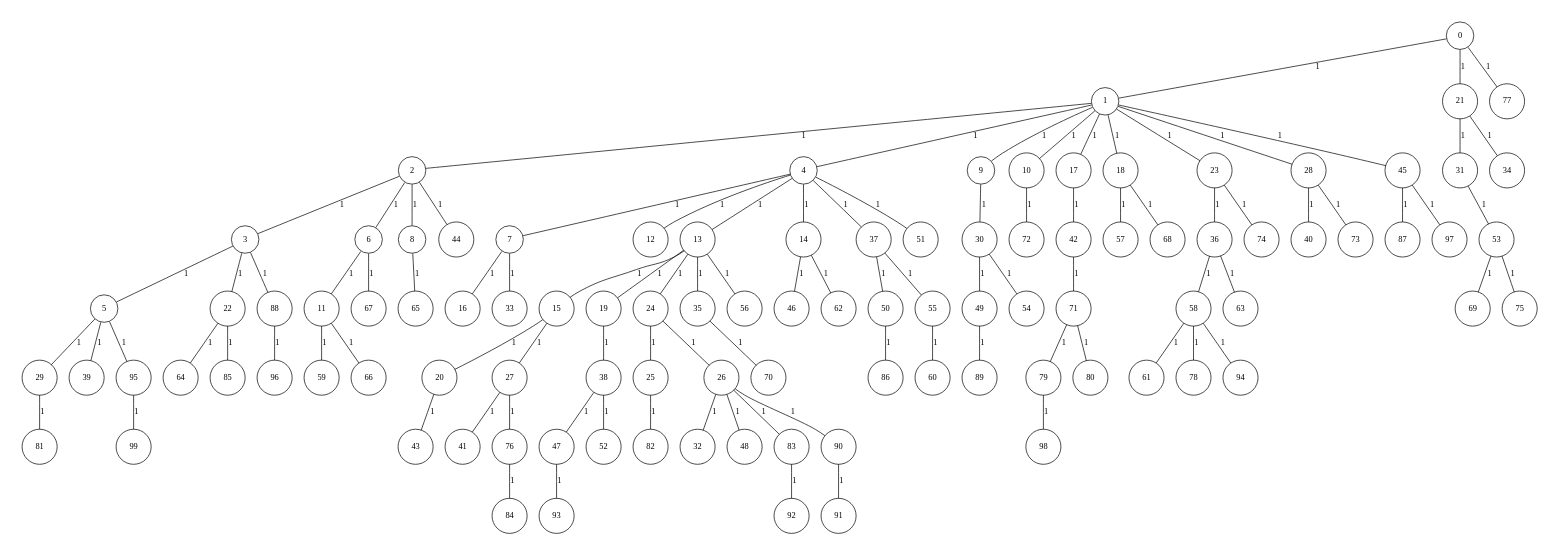
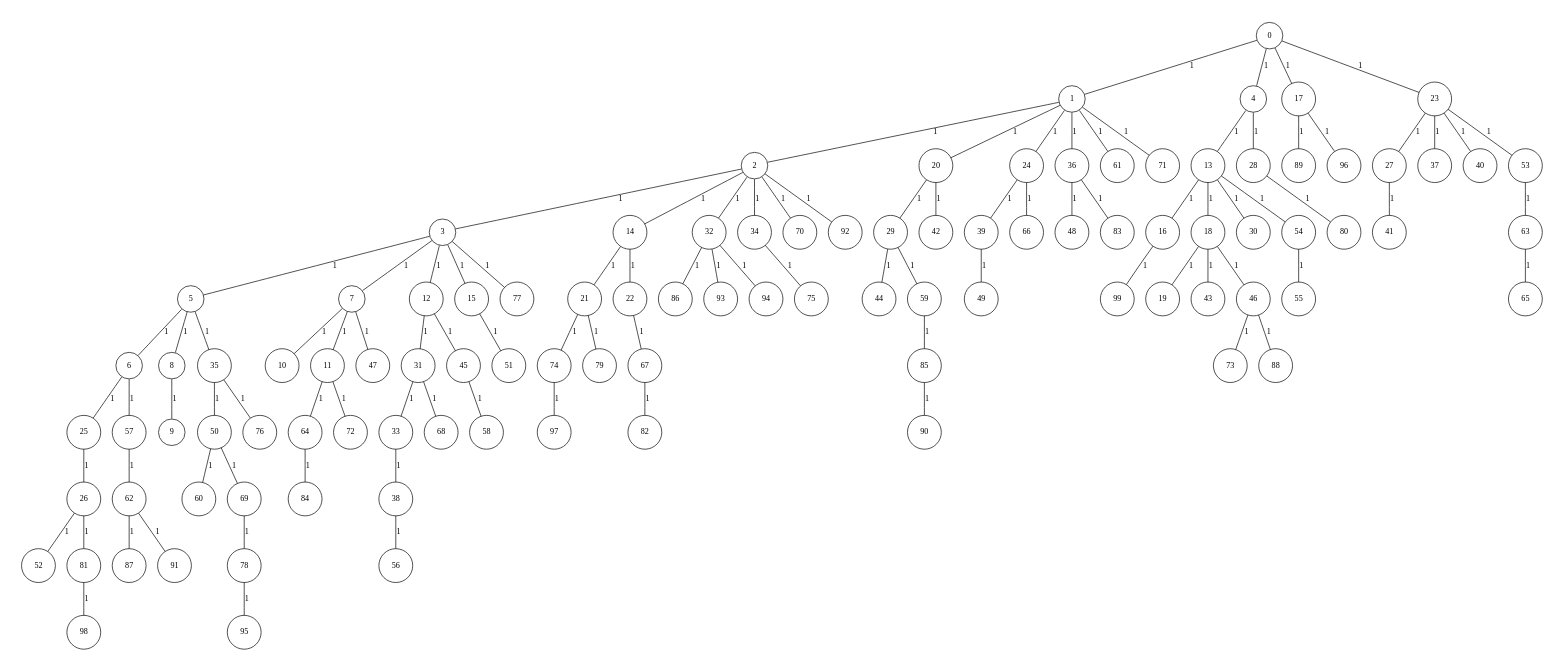
One commit to cardosodg/setcover-grasp changed the diagram in GraphGenerator/input/instGraph_100_7.txt.dot. Above: the diagram before and after it, drawn with Graphviz. The commit also changed 3448 other files, not shown here.

```diff
--- a/GraphGenerator/input/instGraph_100_7.txt.dot
+++ b/GraphGenerator/input/instGraph_100_7.txt.dot
@@ -6,204 +6,204 @@
 node[shape=circle,width=.12,hight=.12,fontsize=12]
 edge[fontsize=12]
 
-0[label=" 0" color=black, pos="0.01487545,0.018436972!"];
-1[label=" 1" color=black, pos="0.92435634,2.7945047!"];
-2[label=" 2" color=black, pos="1.7651973,2.2020529!"];
-3[label=" 3" color=black, pos="1.9345361,2.589537!"];
-4[label=" 4" color=black, pos="0.2946094,1.8514712!"];
-5[label=" 5" color=black, pos="0.94318263,1.6388253!"];
-6[label=" 6" color=black, pos="0.69291854,1.4916446!"];
-7[label=" 7" color=black, pos="1.4216183,0.94532564!"];
-8[label=" 8" color=black, pos="2.0003253,1.3325313!"];
-9[label=" 9" color=black, pos="1.5535777,0.89660726!"];
-10[label=" 10" color=black, pos="1.8120297,2.6402693!"];
-11[label=" 11" color=black, pos="0.036213631,0.95635164!"];
-12[label=" 12" color=black, pos="1.7105489,1.4343329!"];
-13[label=" 13" color=black, pos="0.23351962,2.0136889!"];
-14[label=" 14" color=black, pos="0.39973322,1.8758573!"];
-15[label=" 15" color=black, pos="0.96988769,1.2578453!"];
-16[label=" 16" color=black, pos="1.7849455,1.8948947!"];
-17[label=" 17" color=black, pos="0.71741259,0.65729818!"];
-18[label=" 18" color=black, pos="1.8901621,1.2760081!"];
-19[label=" 19" color=black, pos="0.5273739,0.25719875!"];
-20[label=" 20" color=black, pos="1.0401826,2.8916543!"];
-21[label=" 21" color=black, pos="1.7646897,2.2001404!"];
-22[label=" 22" color=black, pos="1.4106767,0.98577447!"];
-23[label=" 23" color=black, pos="2.8971806,2.3507774!"];
-24[label=" 24" color=black, pos="1.8339963,1.0206493!"];
-25[label=" 25" color=black, pos="2.037174,0.080851225!"];
-26[label=" 26" color=black, pos="0.975515,2.8537118!"];
-27[label=" 27" color=black, pos="2.5892191,0.7408117!"];
-28[label=" 28" color=black, pos="2.8024422,0.90310389!"];
-29[label=" 29" color=black, pos="2.5378092,2.7315548!"];
-30[label=" 30" color=black, pos="2.179242,2.3290503!"];
-31[label=" 31" color=black, pos="2.960949,2.7585487!"];
-32[label=" 32" color=black, pos="2.9254998,2.3463543!"];
-33[label=" 33" color=black, pos="2.4571454,0.89000982!"];
-34[label=" 34" color=black, pos="0.78406486,1.9355493!"];
-35[label=" 35" color=black, pos="0.85463216,2.0026856!"];
-36[label=" 36" color=black, pos="1.3088271,0.22420621!"];
-37[label=" 37" color=black, pos="0.0090337796,1.7951222!"];
-38[label=" 38" color=black, pos="1.6730903,2.2646983!"];
-39[label=" 39" color=black, pos="2.8040002,2.4289848!"];
-40[label=" 40" color=black, pos="2.8024449,1.6921737!"];
-41[label=" 41" color=black, pos="1.2025446,1.6922508!"];
-42[label=" 42" color=black, pos="1.3259052,0.3598934!"];
-43[label=" 43" color=black, pos="2.3041611,1.8376117!"];
-44[label=" 44" color=black, pos="1.2683685,2.4596245!"];
-45[label=" 45" color=black, pos="0.017578921,0.46567801!"];
-46[label=" 46" color=black, pos="0.37891925,2.3247087!"];
-47[label=" 47" color=black, pos="0.75362321,1.9124195!"];
-48[label=" 48" color=black, pos="2.5290325,2.8156584!"];
-49[label=" 49" color=black, pos="1.1867768,0.7181866!"];
-50[label=" 50" color=black, pos="0.13570929,1.6932193!"];
-51[label=" 51" color=black, pos="1.440659,1.0528586!"];
-52[label=" 52" color=black, pos="2.5926489,2.9864298!"];
-53[label=" 53" color=black, pos="2.7672299,1.300897!"];
-54[label=" 54" color=black, pos="0.18248407,0.3290686!"];
-55[label=" 55" color=black, pos="0.37929914,2.4921754!"];
-56[label=" 56" color=black, pos="0.84608131,1.6399088!"];
-57[label=" 57" color=black, pos="0.81574296,0.54554008!"];
-58[label=" 58" color=black, pos="0.43617538,0.39132267!"];
-59[label=" 59" color=black, pos="2.7695904,2.5858619!"];
-60[label=" 60" color=black, pos="2.9566645,1.972467!"];
-61[label=" 61" color=black, pos="2.0243994,0.87004344!"];
-62[label=" 62" color=black, pos="0.89896977,0.14299078!"];
-63[label=" 63" color=black, pos="2.4406001,0.18660056!"];
-64[label=" 64" color=black, pos="0.94299992,2.3195395!"];
-65[label=" 65" color=black, pos="0.18460471,2.7101951!"];
-66[label=" 66" color=black, pos="0.10383902,0.49761448!"];
-67[label=" 67" color=black, pos="1.5456991,1.2356686!"];
-68[label=" 68" color=black, pos="0.65576802,0.2262579!"];
-69[label=" 69" color=black, pos="0.48149971,1.887051!"];
-70[label=" 70" color=black, pos="0.29541338,1.6587384!"];
-71[label=" 71" color=black, pos="1.6652079,0.02269493!"];
-72[label=" 72" color=black, pos="1.6718483,1.3669507!"];
-73[label=" 73" color=black, pos="2.2073141,1.4772331!"];
-74[label=" 74" color=black, pos="2.1786636,2.1845825!"];
-75[label=" 75" color=black, pos="0.058323915,2.2267263!"];
-76[label=" 76" color=black, pos="2.6283868,2.3942594!"];
-77[label=" 77" color=black, pos="1.5492855,0.49035597!"];
-78[label=" 78" color=black, pos="2.3113521,1.5807124!"];
-79[label=" 79" color=black, pos="0.9944333,1.5847678!"];
-80[label=" 80" color=black, pos="0.94564177,2.5227346!"];
-81[label=" 81" color=black, pos="2.0288642,2.464109!"];
-82[label=" 82" color=black, pos="2.9748152,2.9318905!"];
-83[label=" 83" color=black, pos="1.0689426,2.747231!"];
-84[label=" 84" color=black, pos="2.6116009,0.80721587!"];
-85[label=" 85" color=black, pos="2.4228008,2.0055853!"];
-86[label=" 86" color=black, pos="2.4466662,2.7107129!"];
-87[label=" 87" color=black, pos="2.189705,2.1073811!"];
-88[label=" 88" color=black, pos="0.24719912,0.28830259!"];
-89[label=" 89" color=black, pos="1.6300832,1.4835912!"];
-90[label=" 90" color=black, pos="2.401103,0.63803753!"];
-91[label=" 91" color=black, pos="2.5740984,1.167375!"];
-92[label=" 92" color=black, pos="1.526759,1.3465857!"];
-93[label=" 93" color=black, pos="1.2721627,2.6837127!"];
-94[label=" 94" color=black, pos="2.9384687,1.1599284!"];
-95[label=" 95" color=black, pos="1.6899062,2.2635203!"];
-96[label=" 96" color=black, pos="2.897425,0.21316869!"];
-97[label=" 97" color=black, pos="0.30423448,0.1324067!"];
-98[label=" 98" color=black, pos="2.1122416,1.1753831!"];
-99[label=" 99" color=black, pos="1.1557128,0.87203934!"];
+0[label=" 0" color=black, pos="0.6882491,0.86756144!"];
+1[label=" 1" color=black, pos="1.1546594,2.544369!"];
+2[label=" 2" color=black, pos="0.87046067,2.5725337!"];
+3[label=" 3" color=black, pos="2.9609948,1.8222236!"];
+4[label=" 4" color=black, pos="2.3271478,2.1791764!"];
+5[label=" 5" color=black, pos="0.063146941,1.0791621!"];
+6[label=" 6" color=black, pos="1.0723965,1.5837846!"];
+7[label=" 7" color=black, pos="1.5924489,2.0324623!"];
+8[label=" 8" color=black, pos="1.3780153,0.17281948!"];
+9[label=" 9" color=black, pos="0.45844221,0.18359923!"];
+10[label=" 10" color=black, pos="0.061563817,1.1168777!"];
+11[label=" 11" color=black, pos="2.9372692,2.7325897!"];
+12[label=" 12" color=black, pos="1.9873114,1.1731851!"];
+13[label=" 13" color=black, pos="2.1356532,0.30081555!"];
+14[label=" 14" color=black, pos="1.0140616,2.0869621!"];
+15[label=" 15" color=black, pos="1.4451238,0.88720849!"];
+16[label=" 16" color=black, pos="0.019448149,0.35581394!"];
+17[label=" 17" color=black, pos="2.7772165,0.80679324!"];
+18[label=" 18" color=black, pos="1.2955461,0.86133891!"];
+19[label=" 19" color=black, pos="1.8627722,1.4972324!"];
+20[label=" 20" color=black, pos="2.5056947,2.9005419!"];
+21[label=" 21" color=black, pos="2.9227648,2.8493976!"];
+22[label=" 22" color=black, pos="2.0859575,2.5433368!"];
+23[label=" 23" color=black, pos="2.0557841,1.3542205!"];
+24[label=" 24" color=black, pos="2.4905733,1.5531226!"];
+25[label=" 25" color=black, pos="0.24944759,2.1065701!"];
+26[label=" 26" color=black, pos="0.28358674,0.77780898!"];
+27[label=" 27" color=black, pos="0.56183759,0.99644245!"];
+28[label=" 28" color=black, pos="2.9454588,2.7088802!"];
+29[label=" 29" color=black, pos="0.098341698,1.8050499!"];
+30[label=" 30" color=black, pos="0.49463754,1.7153805!"];
+31[label=" 31" color=black, pos="2.778932,0.62565384!"];
+32[label=" 32" color=black, pos="1.7796354,1.5372951!"];
+33[label=" 33" color=black, pos="1.5386922,2.5740767!"];
+34[label=" 34" color=black, pos="1.6117742,0.96863789!"];
+35[label=" 35" color=black, pos="1.626927,2.2411441!"];
+36[label=" 36" color=black, pos="0.86206464,1.4406094!"];
+37[label=" 37" color=black, pos="1.5083021,2.1447055!"];
+38[label=" 38" color=black, pos="1.5940461,2.5533613!"];
+39[label=" 39" color=black, pos="0.92968707,0.64248346!"];
+40[label=" 40" color=black, pos="1.3577916,0.73840552!"];
+41[label=" 41" color=black, pos="0.82364372,0.71876278!"];
+42[label=" 42" color=black, pos="0.66436787,1.6090296!"];
+43[label=" 43" color=black, pos="0.652481,2.8636807!"];
+44[label=" 44" color=black, pos="1.800198,0.47495198!"];
+45[label=" 45" color=black, pos="2.5499495,2.3114398!"];
+46[label=" 46" color=black, pos="2.4797436,0.51697367!"];
+47[label=" 47" color=black, pos="1.0438163,2.1187531!"];
+48[label=" 48" color=black, pos="1.3392357,0.29809162!"];
+49[label=" 49" color=black, pos="2.1696409,1.5982973!"];
+50[label=" 50" color=black, pos="1.7042551,0.12530359!"];
+51[label=" 51" color=black, pos="0.057500585,1.8712817!"];
+52[label=" 52" color=black, pos="2.2932744,2.1661987!"];
+53[label=" 53" color=black, pos="2.9658912,1.9872194!"];
+54[label=" 54" color=black, pos="0.3424396,0.85506543!"];
+55[label=" 55" color=black, pos="0.66365017,2.7878637!"];
+56[label=" 56" color=black, pos="0.83097722,0.16576525!"];
+57[label=" 57" color=black, pos="2.1028097,2.8346268!"];
+58[label=" 58" color=black, pos="1.9713894,0.16380082!"];
+59[label=" 59" color=black, pos="1.9489147,0.88658857!"];
+60[label=" 60" color=black, pos="2.3813162,0.085412917!"];
+61[label=" 61" color=black, pos="0.53042572,0.79284221!"];
+62[label=" 62" color=black, pos="1.5768253,0.25912118!"];
+63[label=" 63" color=black, pos="1.6217262,0.24336136!"];
+64[label=" 64" color=black, pos="1.1329402,1.4533215!"];
+65[label=" 65" color=black, pos="2.1731891,2.0428146!"];
+66[label=" 66" color=black, pos="2.2478787,1.1734686!"];
+67[label=" 67" color=black, pos="2.241698,1.4389825!"];
+68[label=" 68" color=black, pos="0.11284437,2.9702216!"];
+69[label=" 69" color=black, pos="1.5970277,2.5161354!"];
+70[label=" 70" color=black, pos="2.4109715,1.4143285!"];
+71[label=" 71" color=black, pos="2.8222415,0.4854011!"];
+72[label=" 72" color=black, pos="1.0668165,0.19093149!"];
+73[label=" 73" color=black, pos="1.2266709,2.3845842!"];
+74[label=" 74" color=black, pos="0.44036153,0.67134302!"];
+75[label=" 75" color=black, pos="0.61810986,1.3050737!"];
+76[label=" 76" color=black, pos="0.63472088,2.3742243!"];
+77[label=" 77" color=black, pos="2.0383591,0.40560159!"];
+78[label=" 78" color=black, pos="1.6656164,2.4820282!"];
+79[label=" 79" color=black, pos="2.47762,1.4430395!"];
+80[label=" 80" color=black, pos="2.9061519,0.78444212!"];
+81[label=" 81" color=black, pos="2.8677171,1.6073725!"];
+82[label=" 82" color=black, pos="0.72707901,0.99013809!"];
+83[label=" 83" color=black, pos="0.38904099,2.0761431!"];
+84[label=" 84" color=black, pos="0.57050705,2.2555104!"];
+85[label=" 85" color=black, pos="0.34072721,2.0581967!"];
+86[label=" 86" color=black, pos="1.4810421,1.4942014!"];
+87[label=" 87" color=black, pos="1.5076543,0.50309866!"];
+88[label=" 88" color=black, pos="0.57121182,0.54662911!"];
+89[label=" 89" color=black, pos="0.45656705,0.74700747!"];
+90[label=" 90" color=black, pos="1.4327171,2.5288349!"];
+91[label=" 91" color=black, pos="2.0323573,2.8455199!"];
+92[label=" 92" color=black, pos="1.0553455,1.2117305!"];
+93[label=" 93" color=black, pos="0.7621424,1.4024163!"];
+94[label=" 94" color=black, pos="1.8101522,1.2018467!"];
+95[label=" 95" color=black, pos="1.8338586,0.73161282!"];
+96[label=" 96" color=black, pos="0.99248613,2.8439993!"];
+97[label=" 97" color=black, pos="2.4322435,2.6326992!"];
+98[label=" 98" color=black, pos="0.32815228,1.6867187!"];
+99[label=" 99" color=black, pos="1.7665123,2.963374!"];
 0--1[label="1"]
-0--21[label="1"]
-0--77[label="1"]
+0--4[label="1"]
+0--17[label="1"]
+0--23[label="1"]
 1--2[label="1"]
-1--4[label="1"]
-1--9[label="1"]
-1--10[label="1"]
-1--17[label="1"]
-1--18[label="1"]
-1--23[label="1"]
-1--28[label="1"]
-1--45[label="1"]
+1--20[label="1"]
+1--24[label="1"]
+1--36[label="1"]
+1--61[label="1"]
+1--71[label="1"]
 2--3[label="1"]
-2--6[label="1"]
-2--8[label="1"]
-2--44[label="1"]
+2--14[label="1"]
+2--32[label="1"]
+2--34[label="1"]
+2--70[label="1"]
+2--92[label="1"]
 3--5[label="1"]
-3--22[label="1"]
-3--88[label="1"]
-4--7[label="1"]
-4--12[label="1"]
+3--7[label="1"]
+3--12[label="1"]
+3--15[label="1"]
+3--77[label="1"]
 4--13[label="1"]
-4--14[label="1"]
-4--37[label="1"]
-4--51[label="1"]
-5--29[label="1"]
-5--39[label="1"]
-5--95[label="1"]
-6--11[label="1"]
-6--67[label="1"]
-7--16[label="1"]
-7--33[label="1"]
-8--65[label="1"]
-9--30[label="1"]
-10--72[label="1"]
-11--59[label="1"]
-11--66[label="1"]
-13--15[label="1"]
-13--19[label="1"]
-13--24[label="1"]
-13--35[label="1"]
-13--56[label="1"]
-14--46[label="1"]
-14--62[label="1"]
-15--20[label="1"]
-15--27[label="1"]
-17--42[label="1"]
-18--57[label="1"]
-18--68[label="1"]
-19--38[label="1"]
-20--43[label="1"]
-21--31[label="1"]
-21--34[label="1"]
-22--64[label="1"]
-22--85[label="1"]
-23--36[label="1"]
-23--74[label="1"]
-24--25[label="1"]
-24--26[label="1"]
-25--82[label="1"]
-26--32[label="1"]
-26--48[label="1"]
-26--83[label="1"]
-26--90[label="1"]
+4--28[label="1"]
+5--6[label="1"]
+5--8[label="1"]
+5--35[label="1"]
+6--25[label="1"]
+6--57[label="1"]
+7--10[label="1"]
+7--11[label="1"]
+7--47[label="1"]
+8--9[label="1"]
+11--64[label="1"]
+11--72[label="1"]
+12--31[label="1"]
+12--45[label="1"]
+13--16[label="1"]
+13--18[label="1"]
+13--30[label="1"]
+13--54[label="1"]
+14--21[label="1"]
+14--22[label="1"]
+15--51[label="1"]
+16--99[label="1"]
+17--89[label="1"]
+17--96[label="1"]
+18--19[label="1"]
+18--43[label="1"]
+18--46[label="1"]
+20--29[label="1"]
+20--42[label="1"]
+21--74[label="1"]
+21--79[label="1"]
+22--67[label="1"]
+23--27[label="1"]
+23--37[label="1"]
+23--40[label="1"]
+23--53[label="1"]
+24--39[label="1"]
+24--66[label="1"]
+25--26[label="1"]
+26--52[label="1"]
+26--81[label="1"]
 27--41[label="1"]
-27--76[label="1"]
-28--40[label="1"]
-28--73[label="1"]
-29--81[label="1"]
-30--49[label="1"]
-30--54[label="1"]
-31--53[label="1"]
-35--70[label="1"]
-36--58[label="1"]
-36--63[label="1"]
-37--50[label="1"]
-37--55[label="1"]
-38--47[label="1"]
-38--52[label="1"]
-42--71[label="1"]
-45--87[label="1"]
-45--97[label="1"]
-47--93[label="1"]
-49--89[label="1"]
-50--86[label="1"]
-53--69[label="1"]
-53--75[label="1"]
-55--60[label="1"]
-58--61[label="1"]
-58--78[label="1"]
-58--94[label="1"]
-71--79[label="1"]
-71--80[label="1"]
-76--84[label="1"]
-79--98[label="1"]
-83--92[label="1"]
-88--96[label="1"]
-90--91[label="1"]
-95--99[label="1"]
+28--80[label="1"]
+29--44[label="1"]
+29--59[label="1"]
+31--33[label="1"]
+31--68[label="1"]
+32--86[label="1"]
+32--93[label="1"]
+32--94[label="1"]
+33--38[label="1"]
+34--75[label="1"]
+35--50[label="1"]
+35--76[label="1"]
+36--48[label="1"]
+36--83[label="1"]
+38--56[label="1"]
+39--49[label="1"]
+45--58[label="1"]
+46--73[label="1"]
+46--88[label="1"]
+50--60[label="1"]
+50--69[label="1"]
+53--63[label="1"]
+54--55[label="1"]
+57--62[label="1"]
+59--85[label="1"]
+62--87[label="1"]
+62--91[label="1"]
+63--65[label="1"]
+64--84[label="1"]
+67--82[label="1"]
+69--78[label="1"]
+74--97[label="1"]
+78--95[label="1"]
+81--98[label="1"]
+85--90[label="1"]
 
 }
```
